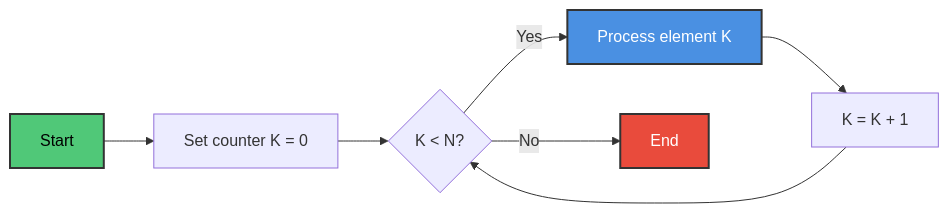
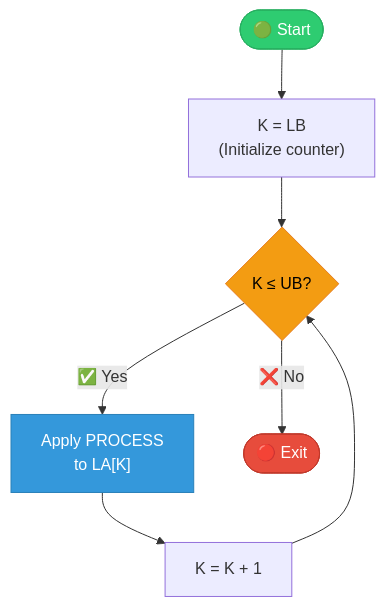
One commit to M-F-Tushar/CSE-2101-Data-Structure changed the fourth of 21 diagrams in Chapter 4 - Arrays, Records and Pointers/README.md. Above: the diagram before and after it, drawn with Mermaid. The commit also changed other lines of this file, not shown here.

````diff
--- a/Chapter 4 - Arrays, Records and Pointers/README.md
+++ b/Chapter 4 - Arrays, Records and Pointers/README.md
@@ -246,13 +282,14 @@
 ```mermaid
-graph LR
-    A[Start] --> B[Set counter K = 0]
-    B --> C{K < N?}
-    C -->|Yes| D[Process element K]
-    D --> E[K = K + 1]
-    E --> C
-    C -->|No| F[End]
+flowchart TD
+    START([🟢 Start]) --> INIT["K = LB<br/>(Initialize counter)"]
+    INIT --> CHECK{K ≤ UB?}
+    CHECK -->|✅ Yes| PROCESS["Apply PROCESS<br/>to LA[K]"]
+    PROCESS --> INCREMENT["K = K + 1"]
+    INCREMENT --> CHECK
+    CHECK -->|❌ No| EXIT([🔴 Exit])
     
-    style A fill:#50C878,stroke:#333,stroke-width:2px,color:#000
-    style F fill:#E94B3C,stroke:#333,stroke-width:2px,color:#fff
-    style D fill:#4A90E2,stroke:#333,stroke-width:2px,color:#fff
+    style START fill:#2ecc71,stroke:#27ae60,color:#fff
+    style EXIT fill:#e74c3c,stroke:#c0392b,color:#fff
+    style PROCESS fill:#3498db,stroke:#2980b9,color:#fff
+    style CHECK fill:#f39c12,stroke:#e67e22,color:#000
 ```
````
